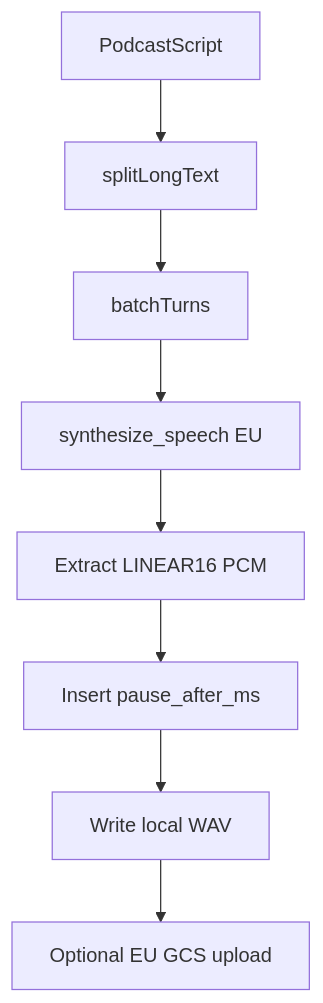
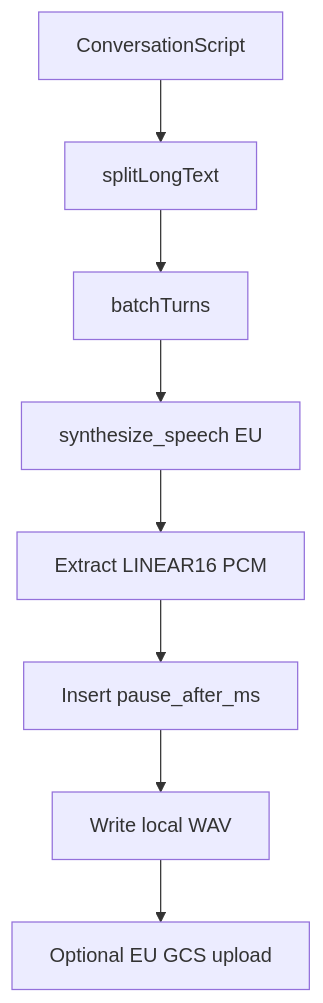
The diagram in docs/synthesis.md (se02035/agentic-audio-conversations), drawn with Mermaid before and after one commit. The commit also changed other lines of this file and 66 other files, not shown here.

````diff
--- a/docs/synthesis.md
+++ b/docs/synthesis.md
@@ -11,12 +11,12 @@
 ```mermaid
 flowchart TD
-  script[PodcastScript]
+  script[ConversationScript]
   split[splitLongText]
   pack[batchTurns]
   rpc[synthesize_speech EU]
   pcm[Extract LINEAR16 PCM]
   silence[Insert pause_after_ms]
   wav[Write local WAV]
   gcs[Optional EU GCS upload]
   script --> split --> pack --> rpc --> pcm --> silence --> wav --> gcs
 ```
````
